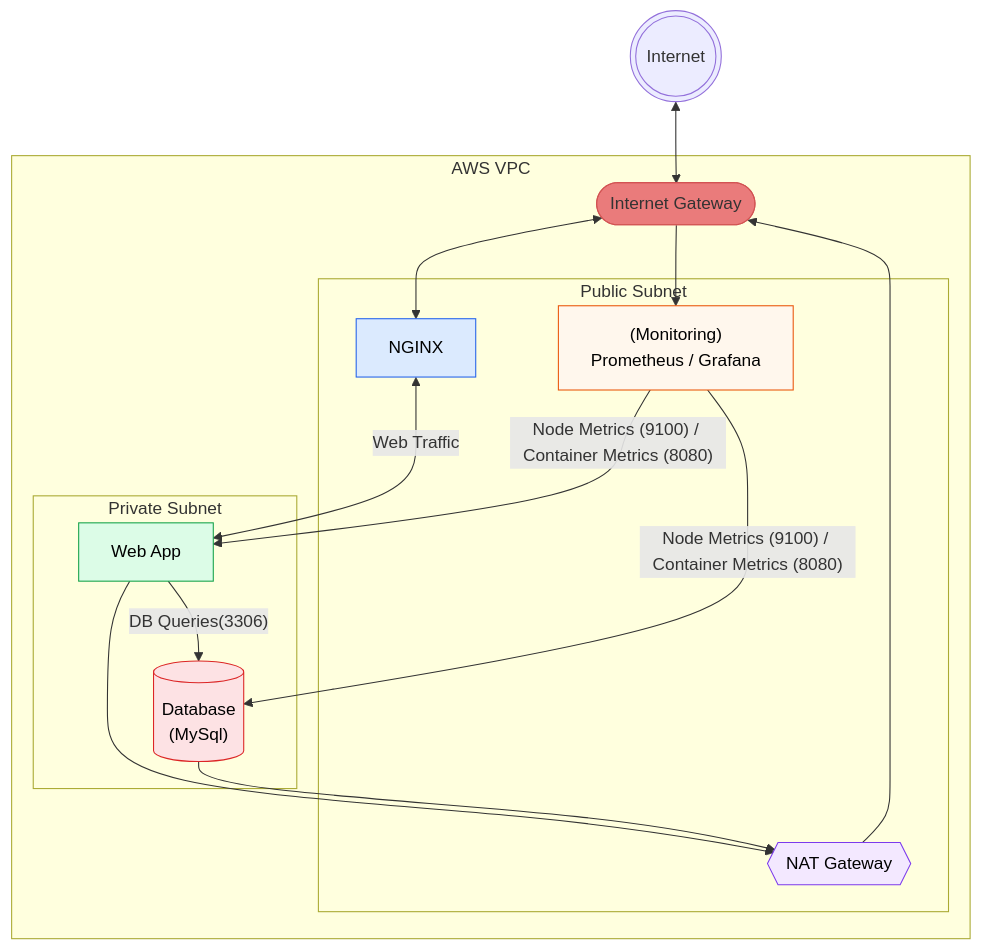
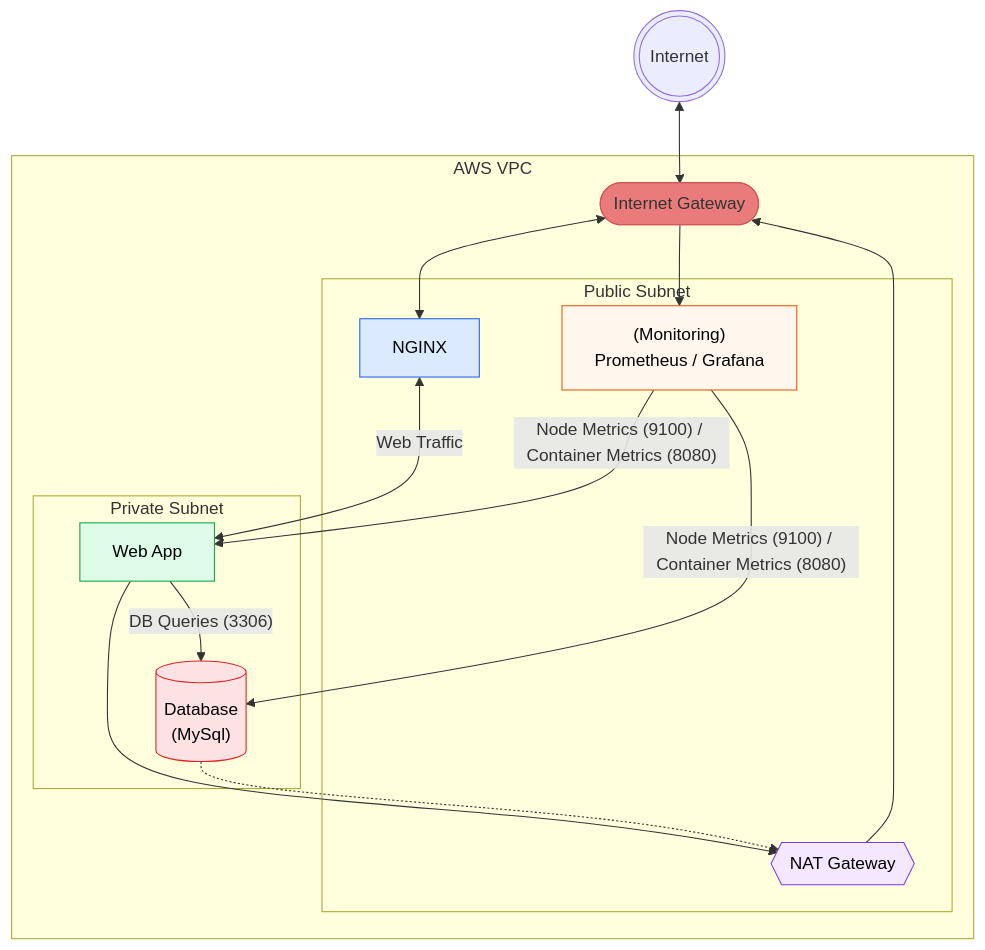
Before and after one commit to Jazzar101/learning-terraform-3087701: the diagram in README.md, drawn with Mermaid.

Commit message:
Line type test

````diff
--- a/README.md
+++ b/README.md
@@ -6,45 +6,45 @@
 ```mermaid
 flowchart TB
     Internet(((Internet)))
     subgraph VPC[AWS VPC]
         IGW([Internet Gateway])
         subgraph PublicSubnet[Public Subnet]
             NGINX[NGINX]
             Monitoring["(Monitoring)\nPrometheus / Grafana"]
             NAT{{NAT Gateway}}
         end
 
         subgraph PrivateSubnet[Private Subnet]
             App[Web App]
             DB[("Database\n(MySql)")]
         end
     end
 
     Internet <--> IGW
     IGW <--> NGINX
     NGINX <-->|Web Traffic| App
-    App -->|"DB Queries(3306)"| DB
+    App -->|"DB Queries (3306)"| DB
     IGW --> Monitoring
 
     Monitoring -->|"Node Metrics (9100) / Container Metrics (8080)"| App
     Monitoring -->|"Node Metrics (9100) / Container Metrics (8080)"| DB
 
     App --> NAT
-    DB --> NAT
+    DB -.-> NAT
     NAT --> IGW
 
     %% Node-only styling (GitHub safe)
     classDef ingress fill:#dbeafe,stroke:#2563eb,color:#000000
     classDef monitoring fill:#fff7ed,stroke:#ea580c,color:#000000
     classDef nat fill:#f3e8ff,stroke:#7c3aed,color:#000000
     classDef app fill:#dcfce7,stroke:#16a34a,color:#000000
     classDef db fill:#fde2e4,stroke:#dc2626,color:#000000
     classDef igw fill:#EA7B7B,stroke:#D25353,color:#00000
 
     class NGINX ingress
     class Monitoring monitoring
     class NAT nat
     class App app
     class DB db
     class IGW igw
 ```
````
